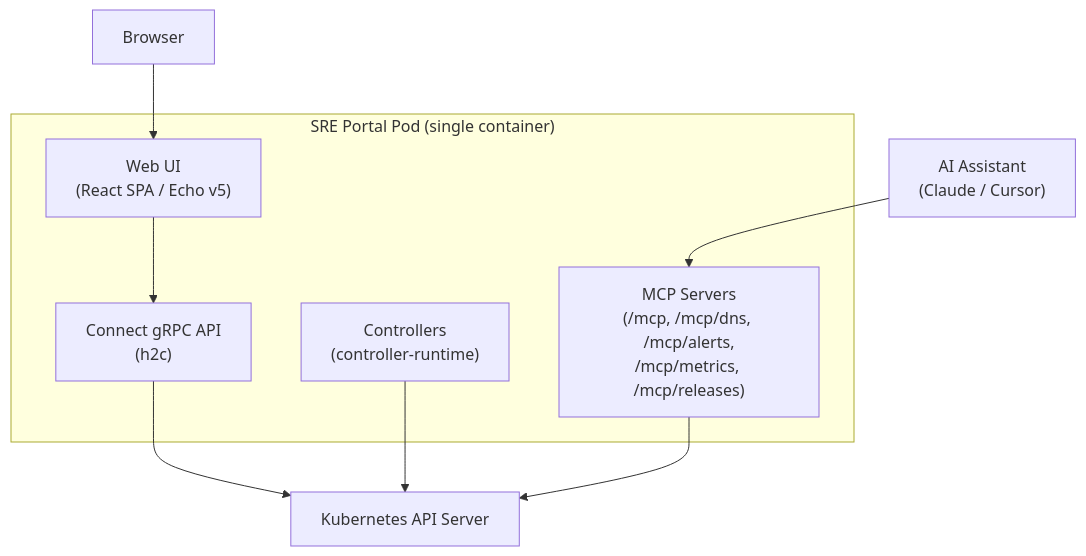
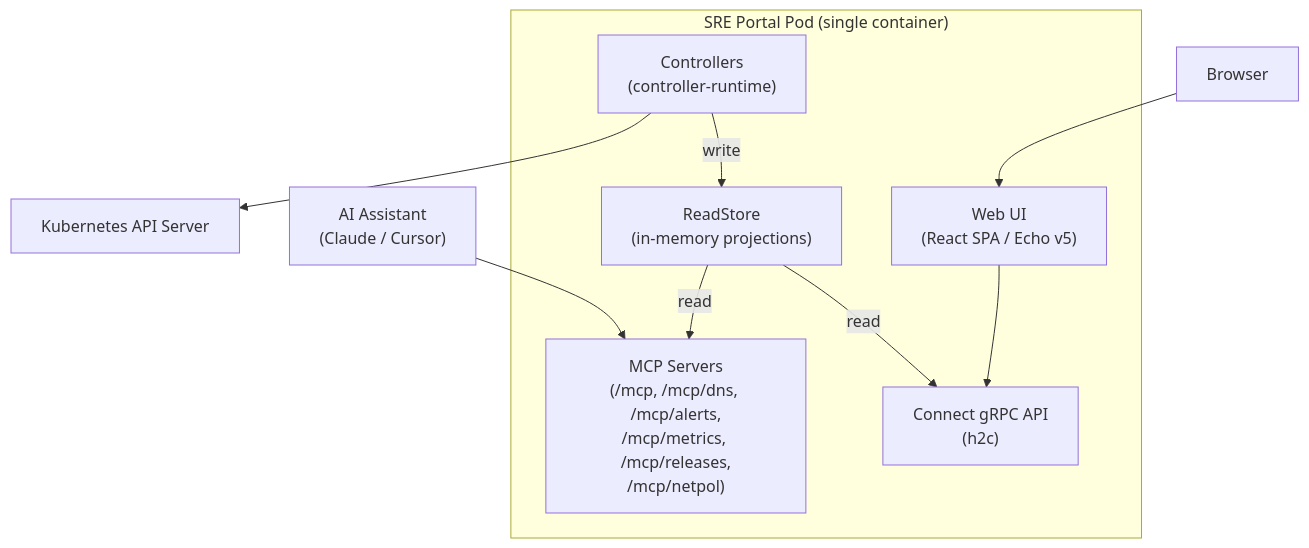
The first of 4 diagrams in docs/content/docs/architecture.md (golgoth31/sreportal), drawn with Mermaid before and after one commit. The commit also changed other lines of this file and 77 other files, not shown here.

````diff
--- a/docs/content/docs/architecture.md
+++ b/docs/content/docs/architecture.md
@@ -10,17 +10,19 @@
 ```mermaid
 graph TB
     Browser["Browser"] --> WebUI
     AIAssistant["AI Assistant\n(Claude / Cursor)"] --> MCP
 
     subgraph Pod["SRE Portal Pod (single container)"]
         Controllers["Controllers\n(controller-runtime)"]
+        ReadStore["ReadStore\n(in-memory projections)"]
         API["Connect gRPC API\n(h2c)"]
         WebUI["Web UI\n(React SPA / Echo v5)"]
-        MCP["MCP Servers\n(/mcp, /mcp/dns, /mcp/alerts,\n/mcp/metrics, /mcp/releases)"]
+        MCP["MCP Servers\n(/mcp, /mcp/dns, /mcp/alerts,\n/mcp/metrics, /mcp/releases,\n/mcp/netpol)"]
     end
 
+    Controllers -->|write| ReadStore
+    Controllers --> K8s["Kubernetes API Server"]
+    ReadStore -->|read| API
+    ReadStore -->|read| MCP
     WebUI --> API
-    API --> K8s["Kubernetes API Server"]
-    Controllers --> K8s
-    MCP --> K8s
 ```
````
